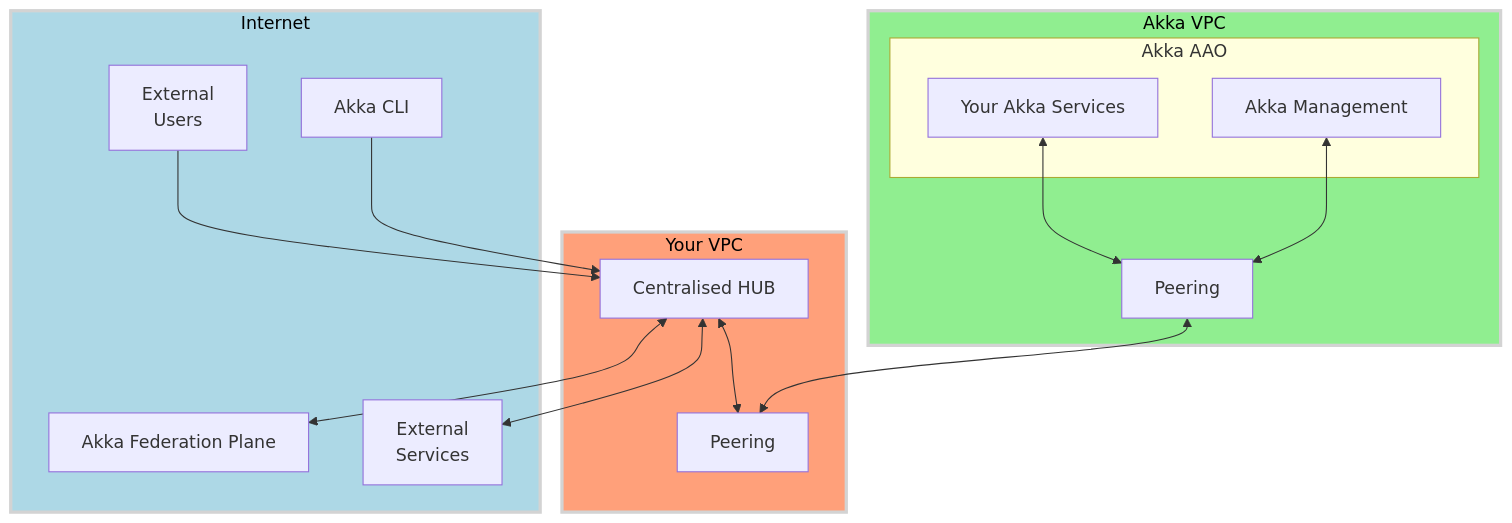
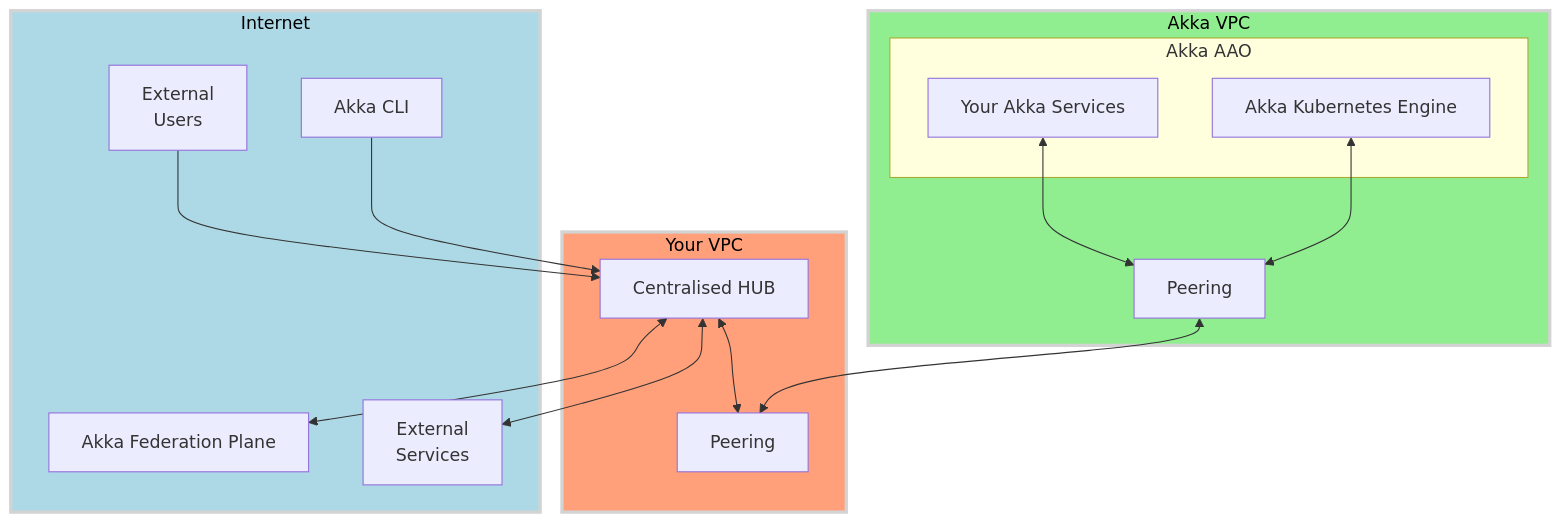
Before and after one commit to aklikic/aao: the third of 3 diagrams in hub-and-spoke.md, drawn with Mermaid. The commit also changed other lines of this file, not shown here.

````diff
--- a/hub-and-spoke.md
+++ b/hub-and-spoke.md
@@ -148,44 +149,44 @@
 ```mermaid
 ---
 config:
   theme: mc
   look: classic
 ---
 graph TB
 
     subgraph CUSTOMER_VPC[Your VPC]
         CUST_PEERING[Peering]
         HUB[Centralised HUB]
     end
 
     subgraph INT[Internet]
         AKKA_FED_PLAN[Akka Federation Plane]
         INT_SRVS[External<br>Services]
         USER[External<br>Users]
         ADMIN[Akka CLI]
     end
 
     subgraph AKKA_VPC[Akka VPC]
         subgraph AAO[Akka AAO]
             SRVS[Your Akka Services]
-            AKKA_MGMT[Akka Management]
+            AKKA_K8S[Akka Kubernetes Engine]
         end
         AKKA_PEERING[Peering]
     end
 
-    AKKA_MGMT <-->  AKKA_PEERING
+    AKKA_K8S <-->  AKKA_PEERING
     HUB <--> AKKA_FED_PLAN
     HUB <--> INT_SRVS
 
     SRVS <--> AKKA_PEERING
     AKKA_PEERING <--> CUST_PEERING
 
     ADMIN --> HUB
 
     USER --> HUB
     HUB <--> CUST_PEERING
 
     style INT fill:lightblue,stroke:lightgray,stroke-width:3px,color:black
     style AKKA_VPC fill:lightgreen,stroke:lightgray,stroke-width:3px,color:black
     style CUSTOMER_VPC fill:lightsalmon,stroke:lightgray,stroke-width:3px,color:black
 ```
````
